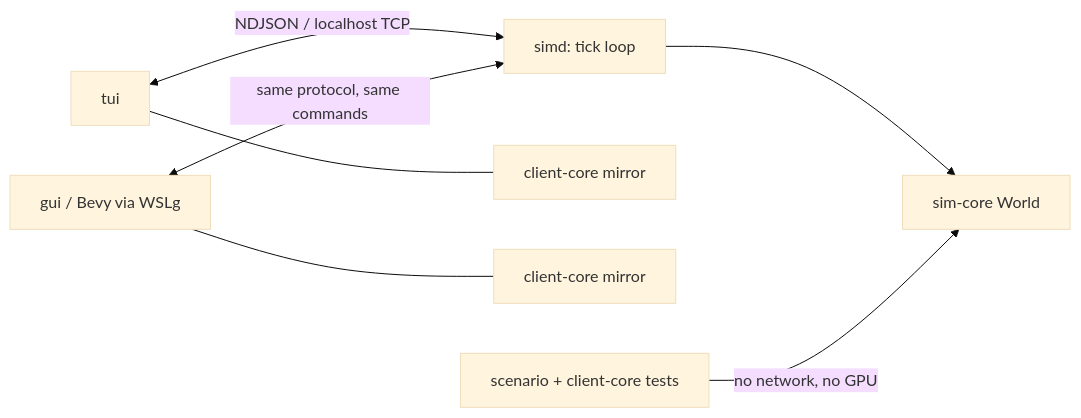
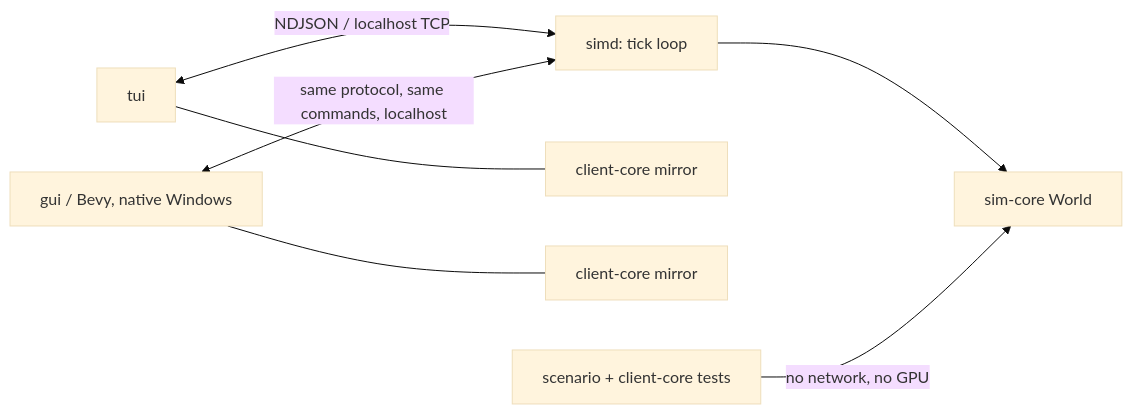
Before and after one commit to jeicei75/frostvein: the second of 2 diagrams in _bmad-output/planning-artifacts/architecture/architecture-frostvein-2026-08-09/ARCHITECTURE-SPINE.md, drawn with Mermaid (base theme). The commit also changed other lines of this file and 3 other files, not shown here.

````diff
--- a/_bmad-output/planning-artifacts/architecture/architecture-frostvein-2026-08-09/ARCHITECTURE-SPINE.md
+++ b/_bmad-output/planning-artifacts/architecture/architecture-frostvein-2026-08-09/ARCHITECTURE-SPINE.md
@@ -227,9 +232,9 @@
 ```mermaid
 graph LR
   T[simd: tick loop] --> SC[sim-core World]
   TUI[tui] <-->|NDJSON / localhost TCP| T
-  GUI[gui / Bevy via WSLg] <-->|same protocol, same commands| T
+  GUI[gui / Bevy, native Windows] <-->|same protocol, same commands, localhost| T
   TUI --- CC1[client-core mirror]
   GUI --- CC2[client-core mirror]
   TEST[scenario + client-core tests] -->|no network, no GPU| SC
 ```
````
